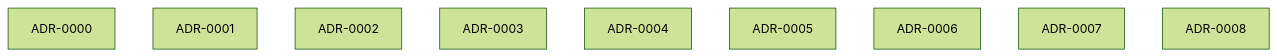
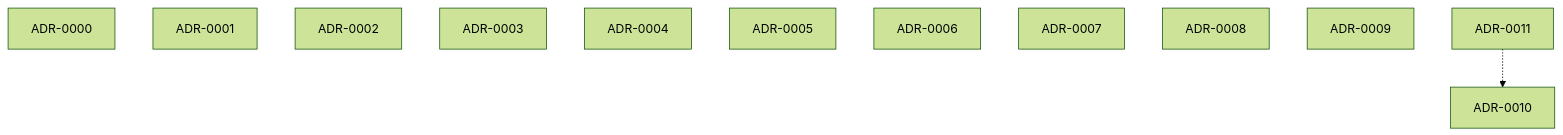
The diagram in bionic/adrs/lineage.md (omnitech-solutions/omnitech-interview-answers-generator), drawn with Mermaid (forest theme) before and after one commit. The commit also changed other lines of this file and 4 other files, not shown here.

````diff
--- a/bionic/adrs/lineage.md
+++ b/bionic/adrs/lineage.md
@@ -9,12 +9,16 @@
 ```mermaid
 graph TD
   ADR_0000["ADR-0000"]
   ADR_0001["ADR-0001"]
   ADR_0002["ADR-0002"]
   ADR_0003["ADR-0003"]
   ADR_0004["ADR-0004"]
   ADR_0005["ADR-0005"]
   ADR_0006["ADR-0006"]
   ADR_0007["ADR-0007"]
   ADR_0008["ADR-0008"]
+  ADR_0009["ADR-0009"]
+  ADR_0010["ADR-0010"]
+  ADR_0011["ADR-0011"]
+  ADR_0011 -.-> ADR_0010
 ```
````
